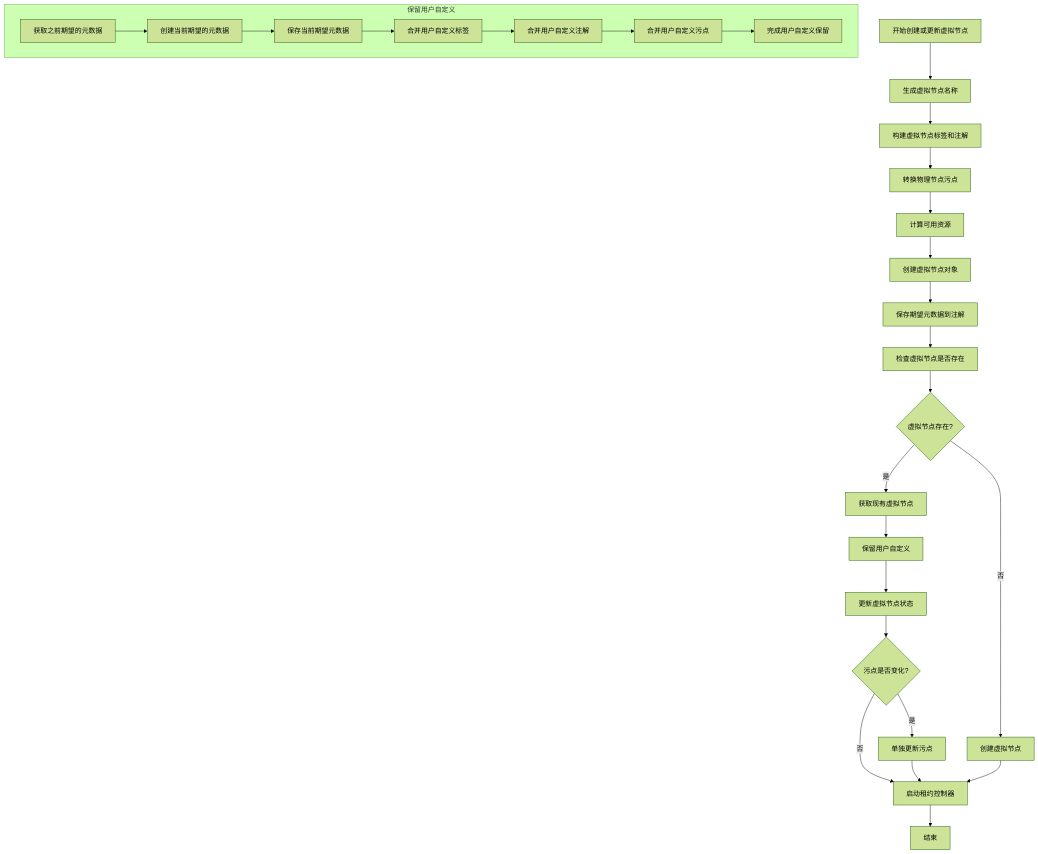
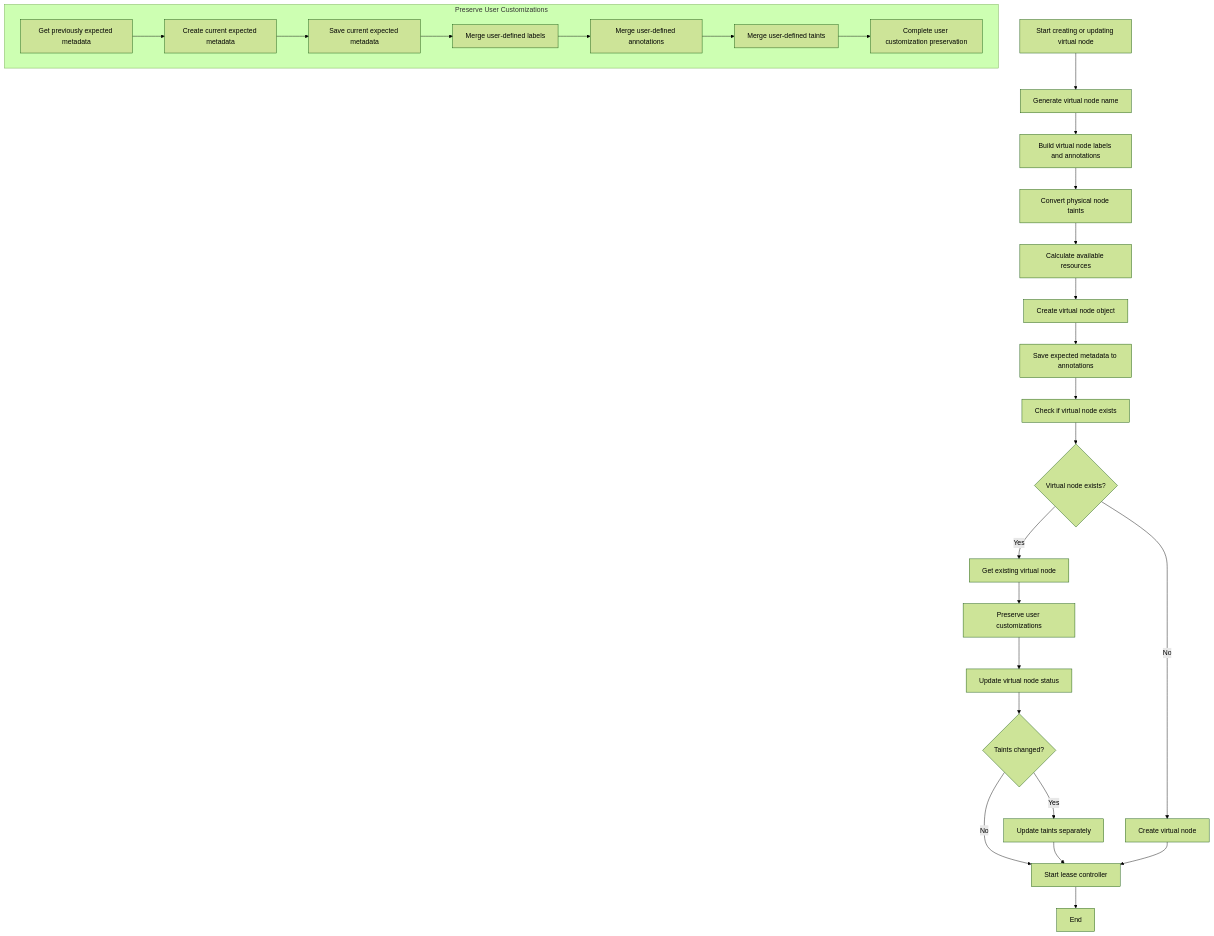
One commit to gocrane/kubeocean changed the fourth of 6 diagrams in docs/design/bottomup-syncer.md. Above: the diagram before and after it, drawn with Mermaid (forest theme). The commit also changed other lines of this file and 16 other files, not shown here.

````diff
--- a/docs/design/bottomup-syncer.md
+++ b/docs/design/bottomup-syncer.md
@@ -229,30 +229,30 @@
 ```mermaid
 flowchart TD
-    A[开始创建或更新虚拟节点] --> B[生成虚拟节点名称]
-    B --> C[构建虚拟节点标签和注解]
-    C --> D[转换物理节点污点]
-    D --> E[计算可用资源]
-    E --> F[创建虚拟节点对象]
-    F --> G[保存期望元数据到注解]
-    G --> H[检查虚拟节点是否存在]
-    H --> I{虚拟节点存在?}
-    I -->|否| J[创建虚拟节点]
-    I -->|是| K[获取现有虚拟节点]
-    K --> L[保留用户自定义]
-    L --> M[更新虚拟节点状态]
-    M --> N{污点是否变化?}
-    N -->|是| O[单独更新污点]
-    N -->|否| P[启动租约控制器]
+    A[Start creating or updating virtual node] --> B[Generate virtual node name]
+    B --> C[Build virtual node labels and annotations]
+    C --> D[Convert physical node taints]
+    D --> E[Calculate available resources]
+    E --> F[Create virtual node object]
+    F --> G[Save expected metadata to annotations]
+    G --> H[Check if virtual node exists]
+    H --> I{Virtual node exists?}
+    I -->|No| J[Create virtual node]
+    I -->|Yes| K[Get existing virtual node]
+    K --> L[Preserve user customizations]
+    L --> M[Update virtual node status]
+    M --> N{Taints changed?}
+    N -->|Yes| O[Update taints separately]
+    N -->|No| P[Start lease controller]
     O --> P
     J --> P
-    P --> Q[结束]
+    P --> Q[End]
 
-    subgraph "保留用户自定义"
-        L1[获取之前期望的元数据] --> L2[创建当前期望的元数据]
-        L2 --> L3[保存当前期望元数据]
-        L3 --> L4[合并用户自定义标签]
-        L4 --> L5[合并用户自定义注解]
-        L5 --> L6[合并用户自定义污点]
-        L6 --> L7[完成用户自定义保留]
+    subgraph "Preserve User Customizations"
+        L1[Get previously expected metadata] --> L2[Create current expected metadata]
+        L2 --> L3[Save current expected metadata]
+        L3 --> L4[Merge user-defined labels]
+        L4 --> L5[Merge user-defined annotations]
+        L5 --> L6[Merge user-defined taints]
+        L6 --> L7[Complete user customization preservation]
     end
 ```
````
